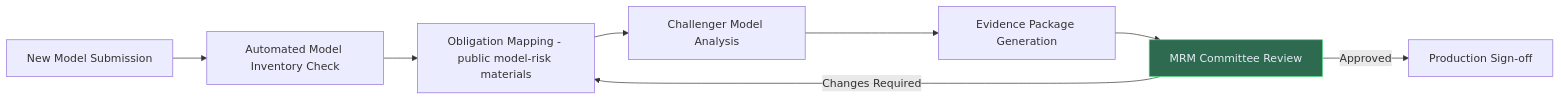
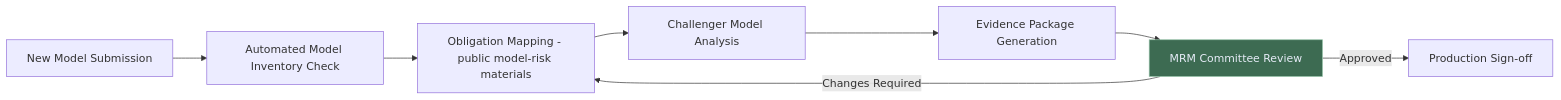
The eighth of 10 diagrams in blog/ai-workflows-for-regulated-enterprises.md (lorvexai/lorvexai), drawn with Mermaid before and after one commit. The commit also changed other lines of this file and 16 other files, not shown here.

First line of the commit message:
Retune hardcoded Mermaid node colors to match the site palette

````diff
--- a/blog/ai-workflows-for-regulated-enterprises.md
+++ b/blog/ai-workflows-for-regulated-enterprises.md
@@ -209,12 +209,12 @@
 ```mermaid
 flowchart LR
     A[New Model Submission] --> B[Automated Model Inventory Check]
     B --> C[Obligation Mapping - public model-risk materials]
     C --> D[Challenger Model Analysis]
     D --> E[Evidence Package Generation]
     E --> F[MRM Committee Review]
     F -->|Approved| G[Production Sign-off]
     F -->|Changes Required| C
 
-    style F fill:#2D6A4F,stroke:#4ade80,color:#E6ECF7
+    style F fill:#3D6B52,stroke:#95C2A8,color:#E6ECF7
 ```
````
